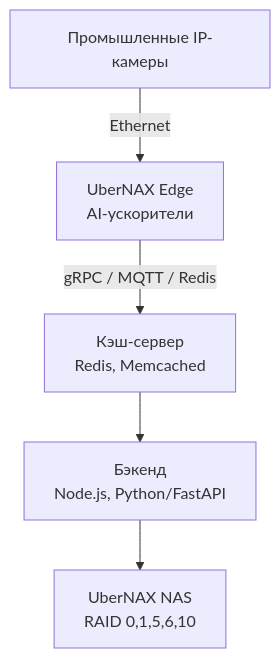
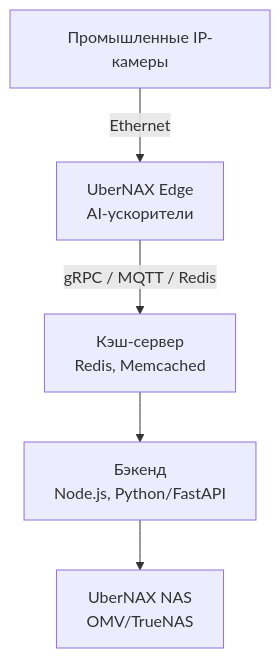
One commit to sdyspb/UberNAX changed the second of 2 diagrams in README.md. Above: the diagram before and after it, drawn with Mermaid.

````diff
--- a/README.md
+++ b/README.md
@@ -138,13 +138,13 @@
 ``` mermaid
 flowchart TD
     Cameras[Промышленные IP-камеры]
     Edge[UberNAX Edge<br>AI-ускорители]
     Cache[Кэш-сервер<br>Redis, Memcached]
     Backend[Бэкенд<br>Node.js, Python/FastAPI]
-    Storage[UberNAX NAS<br>RAID 0,1,5,6,10]
+    Storage[UberNAX NAS<br>OMV/TrueNAS]
 
     Cameras -- Ethernet --> Edge
     Edge -- gRPC / MQTT / Redis --> Cache
     Cache --> Backend
     Backend --> Storage
 ```
````
